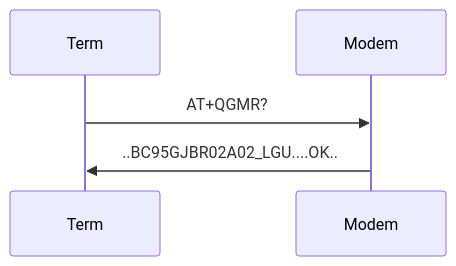
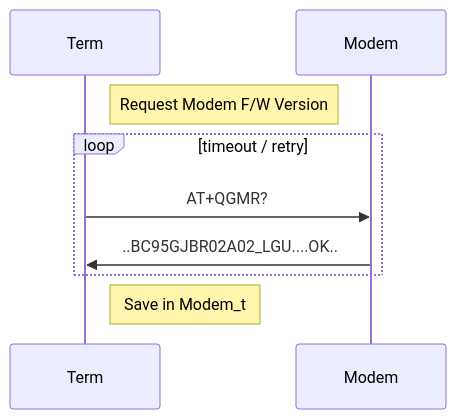
Before and after one commit to bradkim06/ht_terminal: the diagram in README.md, drawn with Mermaid. The commit also changed other lines of this file and 3 other files, not shown here.

````diff
--- a/README.md
+++ b/README.md
@@ -76,6 +77,9 @@
 ```mermaid
-%% AT+QGMR sequence diagram
-  sequenceDiagram
-    Term->>Modem: AT+QGMR?
-    Modem->>Term: ..BC95GJBR02A02_LGU....OK..
+sequenceDiagram
+    Note right of Term: Request Modem F/W Version
+    loop timeout / retry
+        Term->>Modem: AT+QGMR?
+        Modem->>Term: ..BC95GJBR02A02_LGU....OK..
+    end
+    Note right of Term: Save in Modem_t
 ```
````
